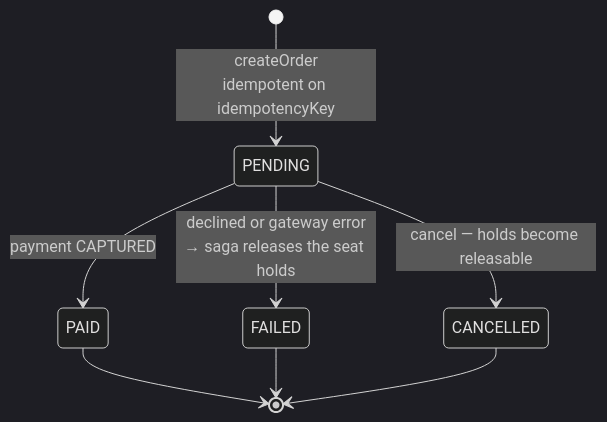
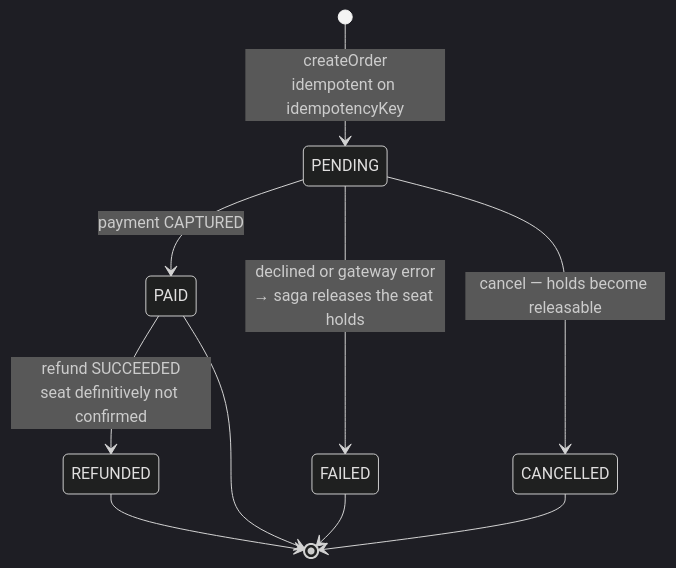
The fifth of 5 diagrams in checkout-payment-service/ARCHITECTURE.md (daliborjelicanin/ticket-waiting-room-aws), drawn with Mermaid (dark theme) before and after one commit. The commit also changed other lines of this file and 41 other files, not shown here.

````diff
--- a/checkout-payment-service/ARCHITECTURE.md
+++ b/checkout-payment-service/ARCHITECTURE.md
@@ -172,10 +213,12 @@
 ```mermaid
 stateDiagram-v2
     [*] --> PENDING: createOrder<br/>idempotent on idempotencyKey
     PENDING --> PAID: payment CAPTURED
     PENDING --> FAILED: declined or gateway error<br/>→ saga releases the seat holds
     PENDING --> CANCELLED: cancel — holds become releasable
+    PAID --> REFUNDED: refund SUCCEEDED<br/>seat definitively not confirmed
     PAID --> [*]
     FAILED --> [*]
     CANCELLED --> [*]
+    REFUNDED --> [*]
 ```
````
